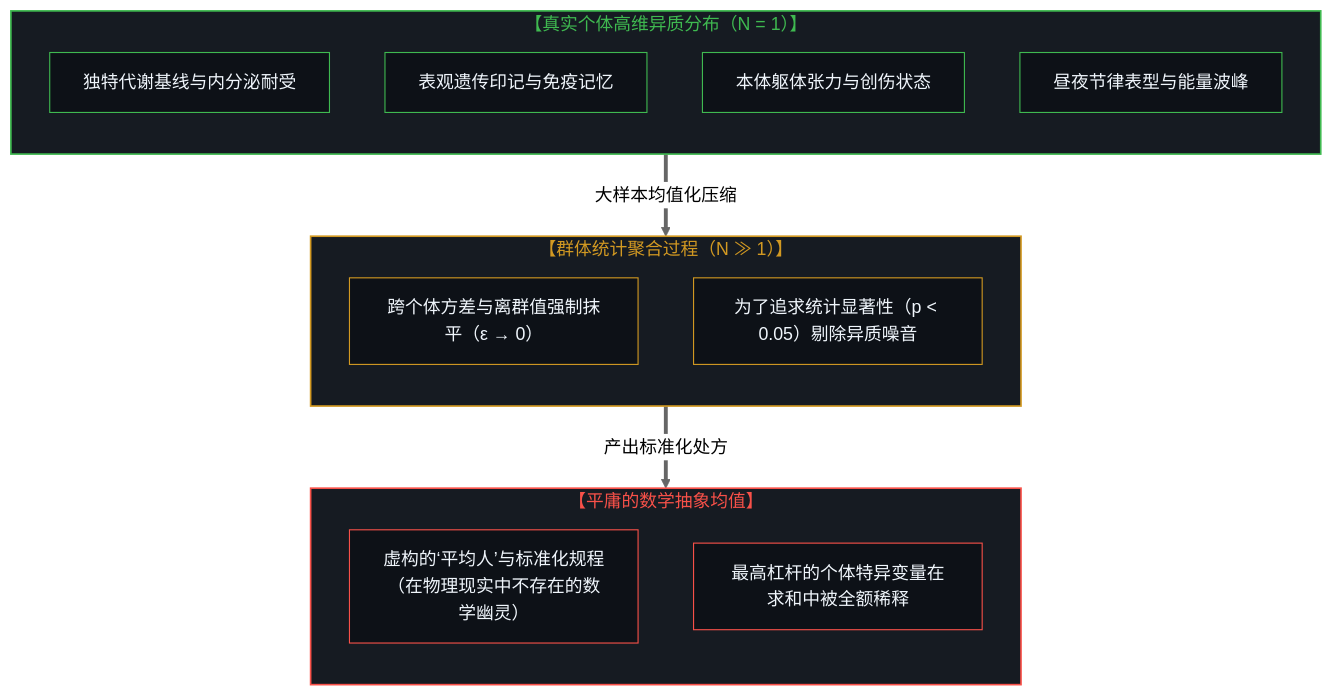
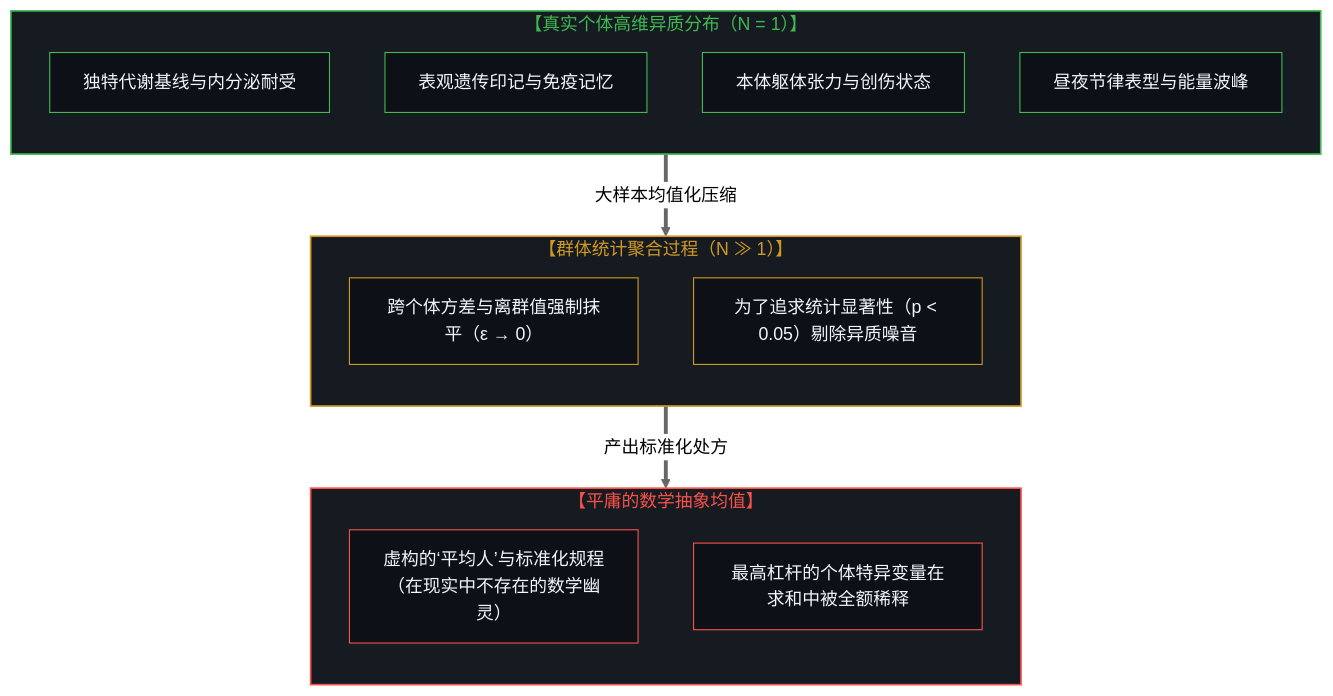
The third of 8 diagrams in content/posts/the-inversion-of-the-protocol-and-the-silencing-of-the-causal-loop.md (powerpig99/not-a-toe), drawn with Mermaid (neutral theme) before and after one commit. The commit also changed other lines of this file and 4 other files, not shown here.

````diff
--- a/content/posts/the-inversion-of-the-protocol-and-the-silencing-of-the-causal-loop.md
+++ b/content/posts/the-inversion-of-the-protocol-and-the-silencing-of-the-causal-loop.md
@@ -109,37 +109,37 @@
 ```mermaid
 graph TD
     subgraph S_Individual["【真实个体高维异质分布（N = 1）】"]
         direction TB
         I1["独特代谢基线与内分泌耐受"]
         I2["表观遗传印记与免疫记忆"]
         I3["本体躯体张力与创伤状态"]
         I4["昼夜节律表型与能量波峰"]
     end
 
     subgraph S_Aggregation["【群体统计聚合过程（N ≫ 1）】"]
         direction TB
         AG1["跨个体方差与离群值强制抹平（ε → 0）"]
         AG2["为了追求统计显著性（p < 0.05）剔除异质噪音"]
     end
 
     subgraph S_Fictional["【平庸的数学抽象均值】"]
         direction TB
-        F1["虚构的‘平均人’与标准化规程<br/>（在物理现实中不存在的数学幽灵）"]
+        F1["虚构的‘平均人’与标准化规程<br/>（在现实中不存在的数学幽灵）"]
         F2["最高杠杆的个体特异变量在求和中被全额稀释"]
     end
 
     S_Individual ==>|"大样本均值化压缩"| S_Aggregation
     S_Aggregation ==>|"产出标准化处方"| S_Fictional
 
     style S_Individual fill:#161b22,stroke:#3fb950,stroke-width:1.5px,color:#3fb950
     style S_Aggregation fill:#161b22,stroke:#d29922,stroke-width:1.5px,color:#d29922
     style S_Fictional fill:#161b22,stroke:#f85149,stroke-width:1.5px,color:#f85149
     style I1 fill:#0d1117,stroke:#3fb950,stroke-width:1px,color:#f0f6fc
     style I2 fill:#0d1117,stroke:#3fb950,stroke-width:1px,color:#f0f6fc
     style I3 fill:#0d1117,stroke:#3fb950,stroke-width:1px,color:#f0f6fc
     style I4 fill:#0d1117,stroke:#3fb950,stroke-width:1px,color:#f0f6fc
     style AG1 fill:#0d1117,stroke:#d29922,stroke-width:1px,color:#f0f6fc
     style AG2 fill:#0d1117,stroke:#d29922,stroke-width:1px,color:#f0f6fc
     style F1 fill:#0d1117,stroke:#f85149,stroke-width:1px,color:#f0f6fc
     style F2 fill:#0d1117,stroke:#f85149,stroke-width:1px,color:#f0f6fc
 ```
````
